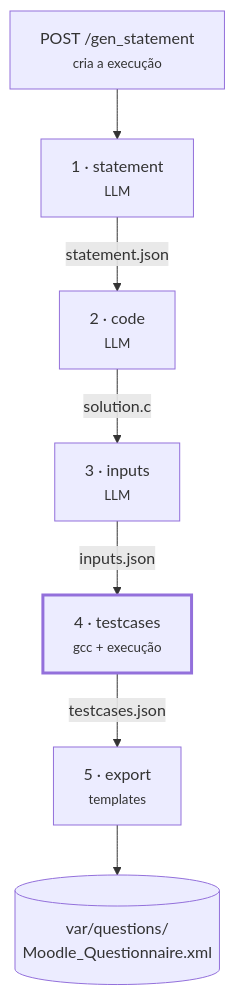
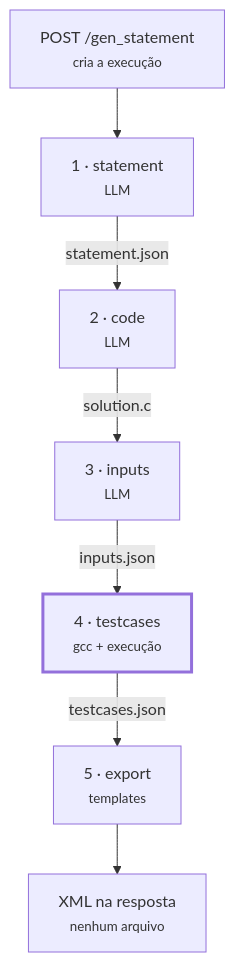
One commit to TUTOR-IA-Makers/tutor-ia changed the first of 5 diagrams in docs/architecture/pipeline.md. Above: the diagram before and after it, drawn with Mermaid. The commit also changed other lines of this file and 14 other files, not shown here.

````diff
--- a/docs/architecture/pipeline.md
+++ b/docs/architecture/pipeline.md
@@ -7,12 +7,12 @@
 ```mermaid
 flowchart TD
     R["POST /gen_statement<br/><small>cria a execução</small>"] --> S1
 
     S1["1 · statement<br/><small>LLM</small>"] -->|statement.json| S2["2 · code<br/><small>LLM</small>"]
     S2 -->|solution.c| S3["3 · inputs<br/><small>LLM</small>"]
     S3 -->|inputs.json| S4["4 · testcases<br/><small>gcc + execução</small>"]
     S4 -->|testcases.json| S5["5 · export<br/><small>templates</small>"]
-    S5 --> X[("var/questions/<br/>Moodle_Questionnaire.xml")]
+    S5 --> X["XML na resposta<br/><small>nenhum arquivo</small>"]
 
     style S4 stroke-width:3px
 ```
````
